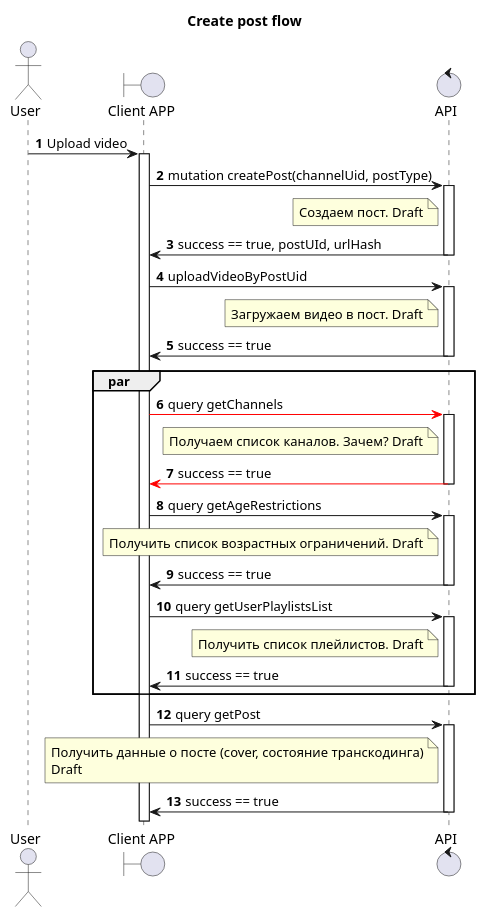
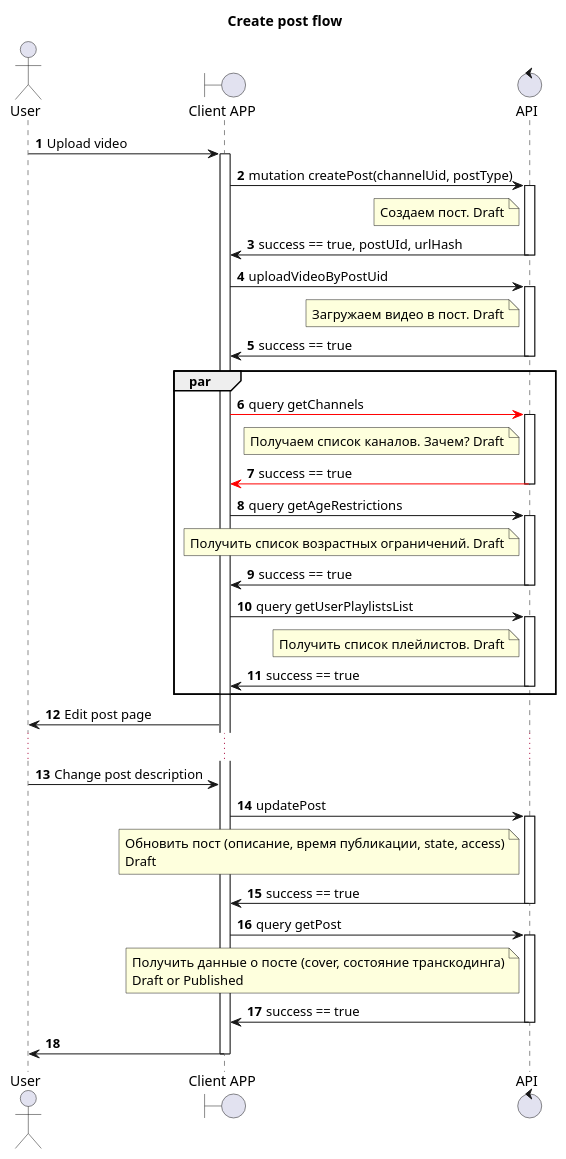
One commit to algruwork/work changed the diagram in schemas/create_post.puml. Above: the diagram before and after it, drawn with PlantUML. The commit also changed 1 other file, not shown here.

Commit message:
create post fixes

```diff
--- a/schemas/create_post.puml
+++ b/schemas/create_post.puml
@@ -1,64 +1,75 @@
 @startuml
 'https://plantuml.com/sequence-diagram
 
 title "Create post flow"
 actor User as U
 boundary "Client APP" as GUI
 control "API" as A
 
 autonumber
 
 U -> GUI: Upload video
 activate GUI
 GUI -> A: mutation createPost(channelUid, postType)
 activate A
 note left A
 Создаем пост. Draft
 end note
 A -> GUI: success == true, postUId, urlHash
 deactivate A
 
 GUI -> A: uploadVideoByPostUid
 activate A
 note left A
 Загружаем видео в пост. Draft
 end note
 A -> GUI: success == true
 deactivate A
 
 par
 GUI -[#Red]> A: query getChannels
 activate A
 note left A
 Получаем список каналов. Зачем? Draft
 end note
 A -[#Red]> GUI: success == true
 deactivate A
 
 GUI -> A: query getAgeRestrictions
 activate A
 note left A
 Получить список возрастных ограничений. Draft
 end note
 A -> GUI: success == true
 deactivate A
 
 GUI -> A: query getUserPlaylistsList
 activate A
 note left A
 Получить список плейлистов. Draft
 end note
 A -> GUI: success == true
 deactivate A
-
 end
-
+GUI -> U: Edit post page
+...
+U -> GUI: Change post description
+GUI -> A: updatePost
+activate A
+note left A
+Обновить пост (описание, время публикации, state, access)
+Draft
+end note
+A -> GUI: success == true
+deactivate A
 GUI -> A: query getPost
 activate A
 note left A
 Получить данные о посте (cover, состояние транскодинга)
-Draft
+Draft or Published
 end note
 A -> GUI: success == true
 deactivate A
+GUI -> U:
+deactivate GUI
 @enduml
```
